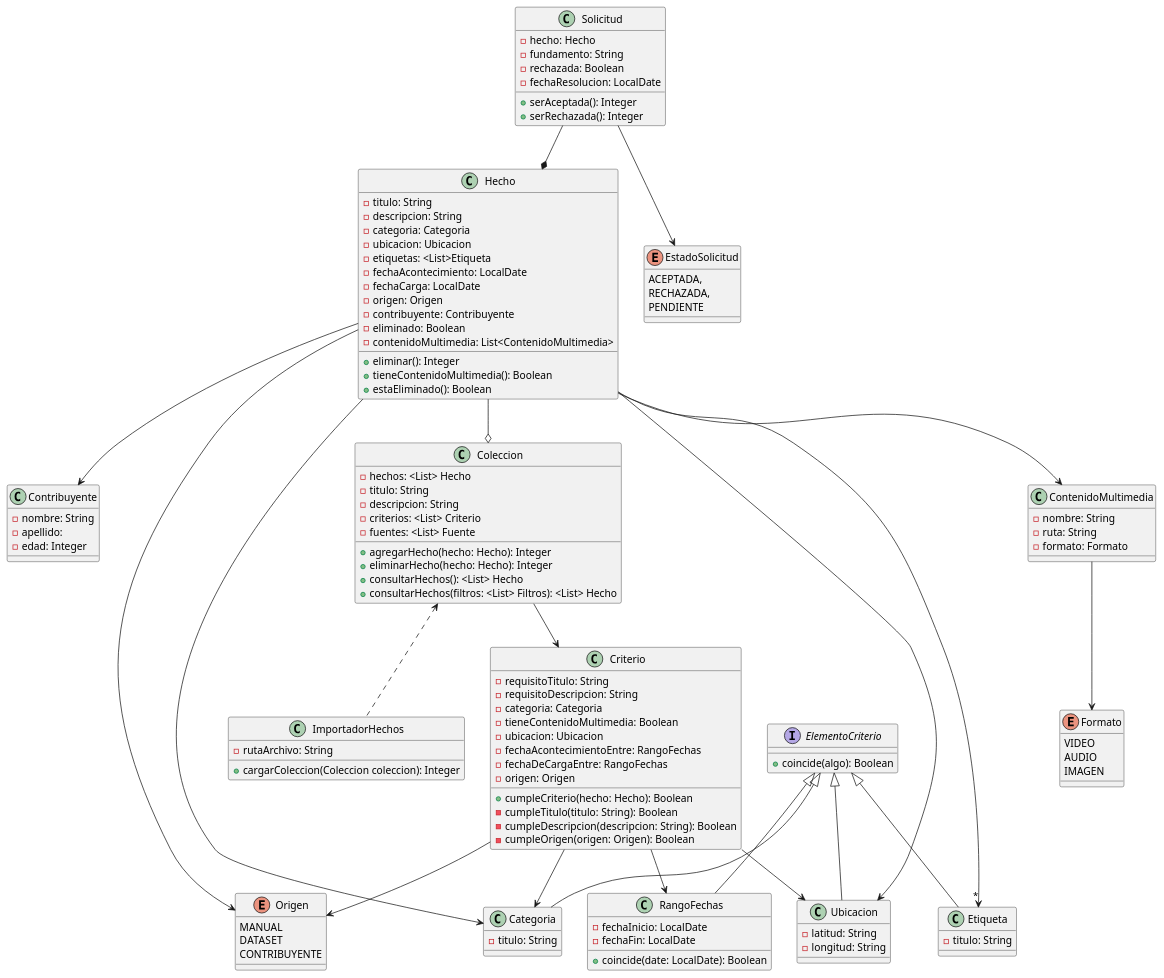
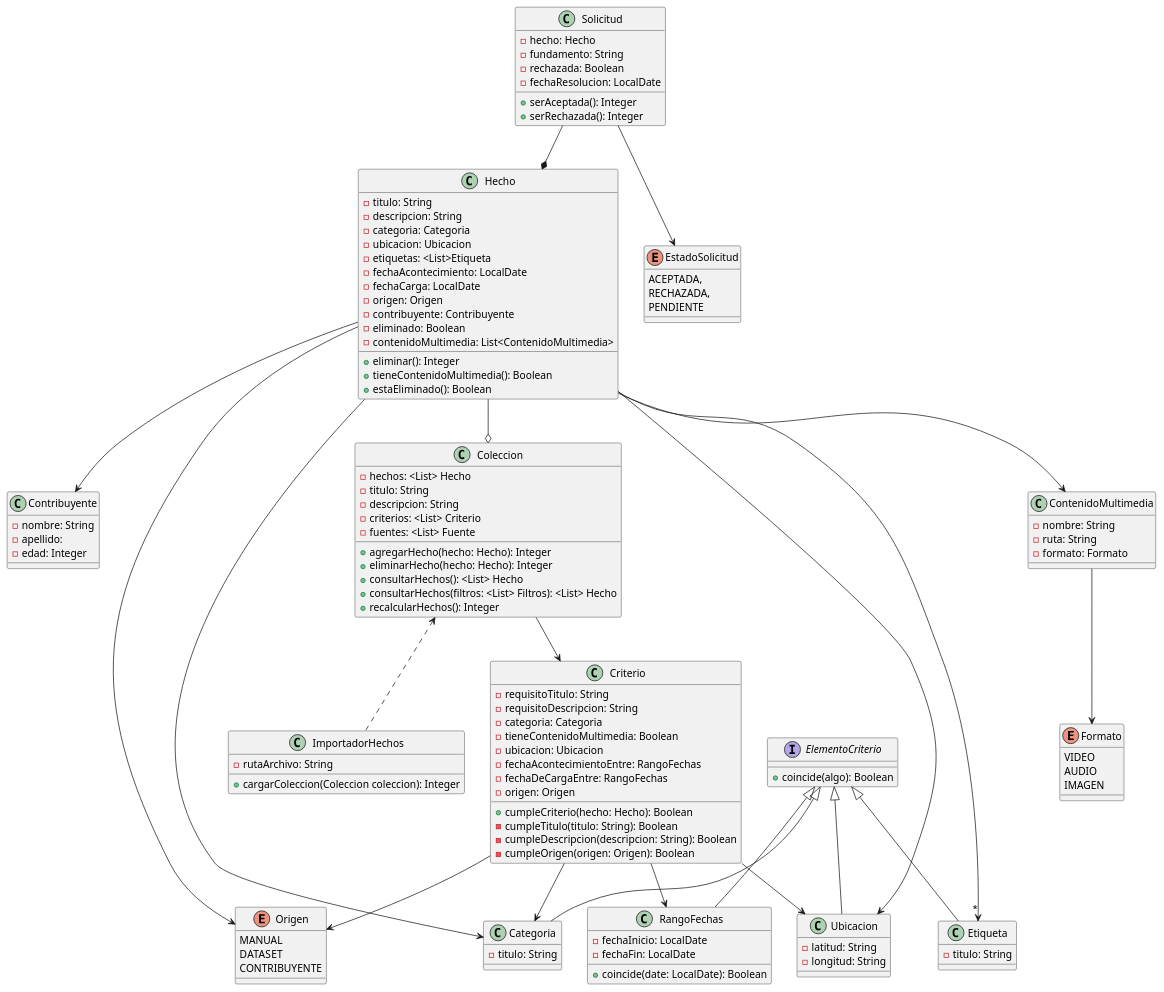
Before and after one commit to BrunoRodriguezzz/tp-dsi: the diagram in DiagramaDeClases-1°Entrega.puml, drawn with PlantUML. The commit also changed 5 other files, not shown here.

```diff
--- a/DiagramaDeClases-1°Entrega.puml
+++ b/DiagramaDeClases-1°Entrega.puml
@@ -1,144 +1,145 @@
 @startuml
 'Hecho
 Hecho --> Contribuyente
 Hecho --> Origen
 Hecho --> Categoria
 Hecho --> Ubicacion
 Hecho -->"*" Etiqueta
 Hecho --o Coleccion
 
 Solicitud --* Hecho
 
 Coleccion --> Criterio
 
 'Criterio
 Criterio --> RangoFechas
 Criterio --> Origen
 Criterio --> Categoria
 Criterio --> Ubicacion
 
 Solicitud --> EstadoSolicitud
 
 'Interface
 ElementoCriterio <|-- Ubicacion
 ElementoCriterio <|-- Categoria
 ElementoCriterio <|-- Etiqueta
 ElementoCriterio <|-- RangoFechas
 
 ContenidoMultimedia --> Formato
 Hecho --> ContenidoMultimedia
 Coleccion <.. ImportadorHechos
 
 class Contribuyente {
     -nombre: String
     -apellido:
     -edad: Integer
 }
 
 enum EstadoSolicitud {
     ACEPTADA,
     RECHAZADA,
     PENDIENTE
 }
 
 class ContenidoMultimedia {
     -nombre: String
     -ruta: String
     -formato: Formato
 }
 
 enum Formato {
     VIDEO
     AUDIO
     IMAGEN
 }
 
 class Hecho {
     -titulo: String
     -descripcion: String
     -categoria: Categoria
     -ubicacion: Ubicacion
     -etiquetas: <List>Etiqueta
     -fechaAcontecimiento: LocalDate
     -fechaCarga: LocalDate
     -origen: Origen
     -contribuyente: Contribuyente
     -eliminado: Boolean
     -contenidoMultimedia: List<ContenidoMultimedia>
     +eliminar(): Integer
     +tieneContenidoMultimedia(): Boolean
     +estaEliminado(): Boolean
 }
 
 class ImportadorHechos {
     -rutaArchivo: String
     +cargarColeccion(Coleccion coleccion): Integer
 }
 
 class Etiqueta {
     -titulo: String
 }
 
 enum Origen {
     MANUAL
     DATASET
     CONTRIBUYENTE
 }
 
 class Categoria {
     -titulo: String
 }
 
 class Ubicacion {
     -latitud: String
     -longitud: String
 }
 
 class Solicitud {
     -hecho: Hecho
     -fundamento: String
     -rechazada: Boolean
     -fechaResolucion: LocalDate
     +serAceptada(): Integer
     +serRechazada(): Integer
 }
 
 class Coleccion {
     -hechos: <List> Hecho
     -titulo: String
     -descripcion: String
     -criterios: <List> Criterio
     -fuentes: <List> Fuente
     +agregarHecho(hecho: Hecho): Integer
     +eliminarHecho(hecho: Hecho): Integer
     'Solo para representar overload
     +consultarHechos(): <List> Hecho
     +consultarHechos(filtros: <List> Filtros): <List> Hecho
+    +recalcularHechos(): Integer
 
 }
 
 class Criterio{
     -requisitoTitulo: String
     -requisitoDescripcion: String
     -categoria: Categoria
     -tieneContenidoMultimedia: Boolean
     -ubicacion: Ubicacion
     -fechaAcontecimientoEntre: RangoFechas
     -fechaDeCargaEntre: RangoFechas
     -origen: Origen
     +cumpleCriterio(hecho: Hecho): Boolean
     -cumpleTitulo(titulo: String): Boolean
     -cumpleDescripcion(descripcion: String): Boolean
     -cumpleOrigen(origen: Origen): Boolean
 }
 
 class RangoFechas {
     -fechaInicio: LocalDate
     -fechaFin: LocalDate
     +coincide(date: LocalDate): Boolean
 }
 
 interface ElementoCriterio{
     +coincide(algo): Boolean
 }
 @enduml
```
